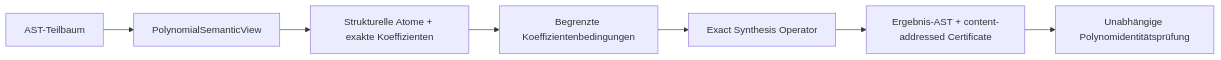
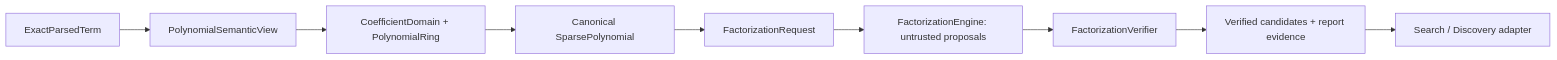
The sixth of 6 diagrams in docs/architecture.md (carstenartur/Regelsuche), drawn with Mermaid before and after one commit. The commit also changed other lines of this file, not shown here.

Commit message:
Document the factorization engine and verifier trust boundary

````diff
--- a/docs/architecture.md
+++ b/docs/architecture.md
@@ -241,9 +240,11 @@
 ```mermaid
 flowchart LR
-    ast[AST-Teilbaum] --> view[PolynomialSemanticView]
-    view --> atoms[Strukturelle Atome + exakte Koeffizienten]
-    atoms --> constraints[Begrenzte Koeffizientenbedingungen]
-    constraints --> synthesis[Exact Synthesis Operator]
-    synthesis --> certificate[Ergebnis-AST + content-addressed Certificate]
-    certificate --> verify[Unabhängige Polynomidentitätsprüfung]
+    source[ExactParsedTerm] --> view[PolynomialSemanticView]
+    view --> ring[CoefficientDomain + PolynomialRing]
+    ring --> polynomial[Canonical SparsePolynomial]
+    polynomial --> request[FactorizationRequest]
+    request --> engine[FactorizationEngine: untrusted proposals]
+    engine --> verifier[FactorizationVerifier]
+    verifier --> evidence[Verified candidates + report evidence]
+    evidence --> adapter[Search / Discovery adapter]
 ```
````
